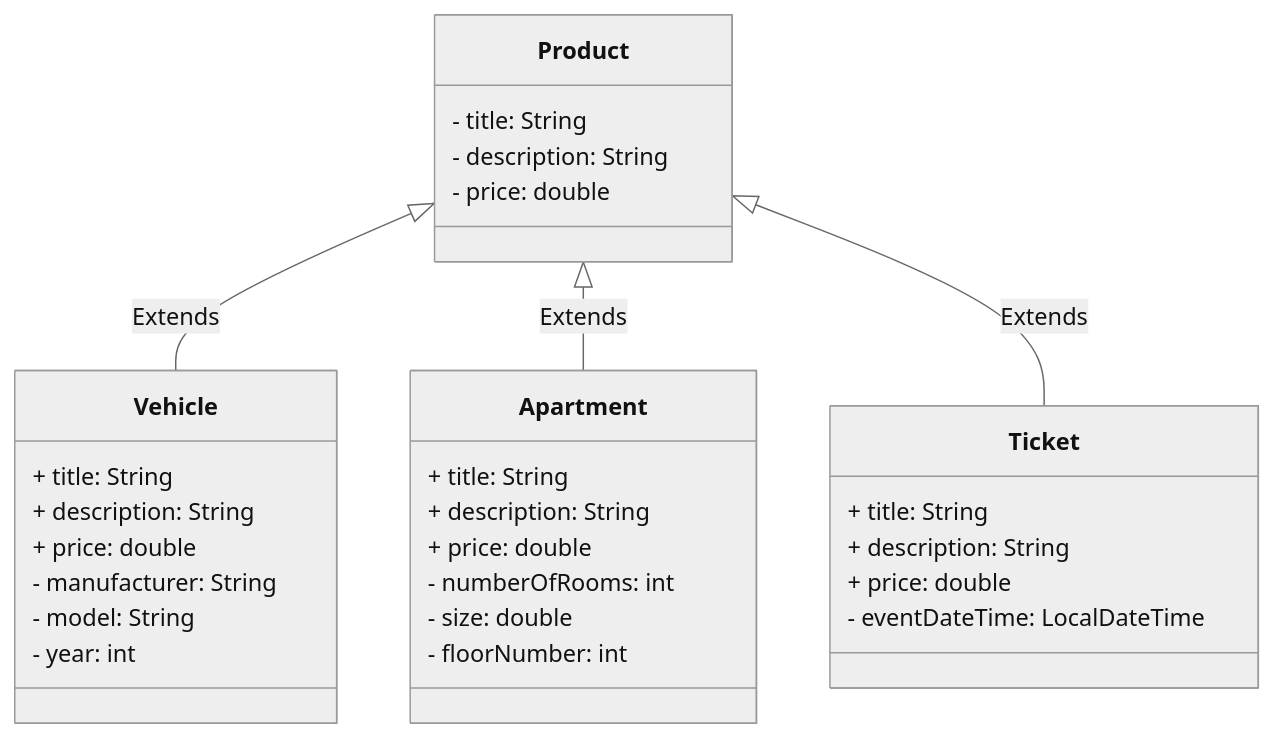
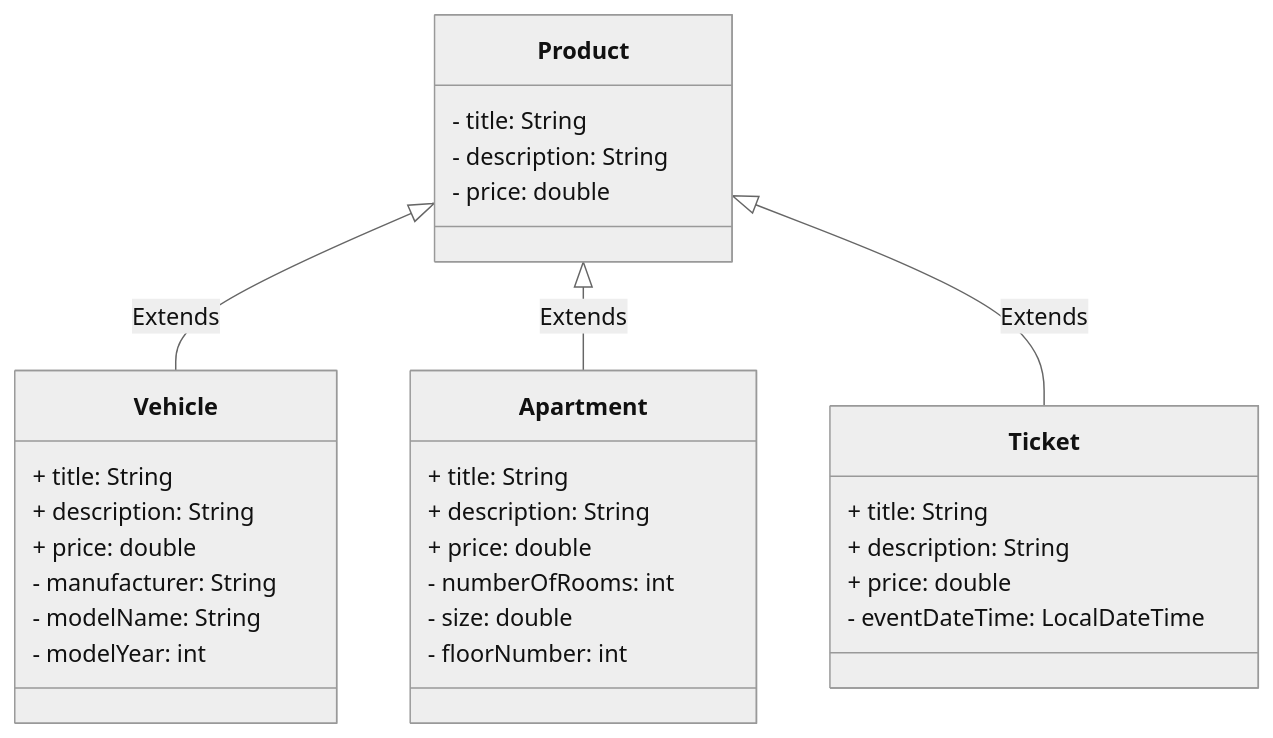
The diagram in readme.md (ohjelmointi2/inheritance-interfaces), drawn with Mermaid (neutral theme) before and after one commit. The commit also changed other lines of this file and 2 other files, not shown here.

````diff
--- a/readme.md
+++ b/readme.md
@@ -40,39 +40,39 @@
 ```mermaid
 classDiagram
   direction TB
 
   class Product {
     - title: String
     - description: String
     - price: double
   }
 
   class Vehicle {
     + title: String
     + description: String
     + price: double
     - manufacturer: String
-    - model: String
-    - year: int
+    - modelName: String
+    - modelYear: int
   }
 
   class Apartment {
     + title: String
     + description: String
     + price: double
     - numberOfRooms: int
     - size: double
     - floorNumber: int
   }
 
   class Ticket {
     + title: String
     + description: String
     + price: double
     - eventDateTime: LocalDateTime
   }
 
   Product <|-- Vehicle: Extends
   Product <|-- Apartment: Extends
   Product <|-- Ticket: Extends
 ```
````
